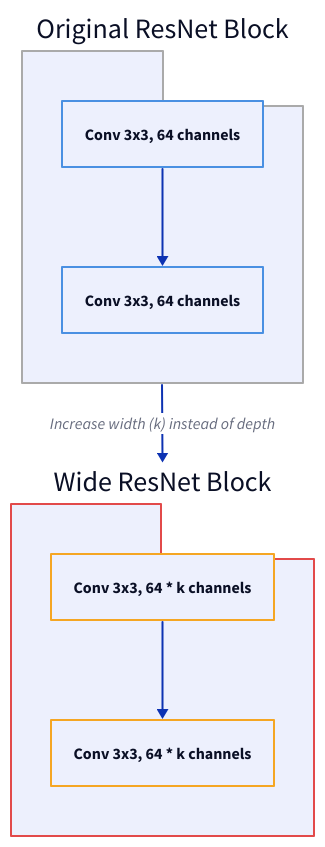
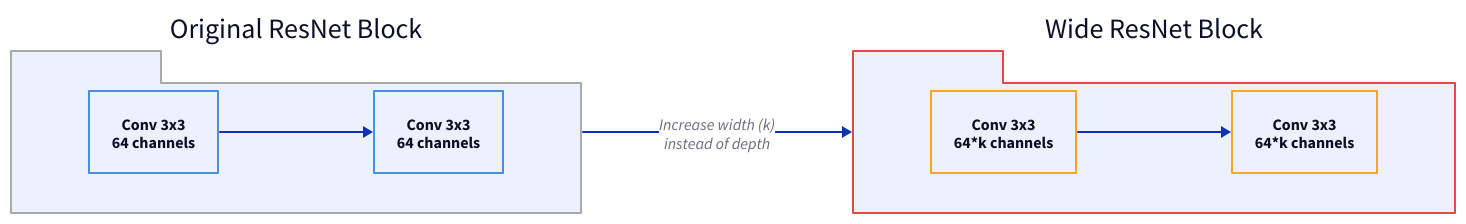
Before and after one commit to 111qqz/111qqz.github.io: the diagram in images/resnet-notes/074-wide-resnet.d2, drawn with D2. The commit also changed 4047 other files, not shown here.

First line of the commit message:
fix: 修复 D2 配图比例问题——放宽 CSS max-height 并重排 24 个极端纵横比图表

```diff
--- a/images/resnet-notes/074-wide-resnet.d2
+++ b/images/resnet-notes/074-wide-resnet.d2
@@ -1,19 +1,19 @@
-direction: down
+direction: right
 
-Original ResNet Block: {
+orig: "Original ResNet Block" {
   shape: package
-  style: { stroke: "#aaaaaa" }
-  Conv1: { shape: rectangle; label: "Conv 3x3, 64 channels"; style: { stroke: "#4a90e2" } }
-  Conv2: { shape: rectangle; label: "Conv 3x3, 64 channels"; style: { stroke: "#4a90e2" } }
+  style.stroke: "#aaaaaa"
+  Conv1: "Conv 3x3\n64 channels" { style.stroke: "#4a90e2" }
+  Conv2: "Conv 3x3\n64 channels" { style.stroke: "#4a90e2" }
   Conv1 -> Conv2
 }
 
-Wide ResNet Block: {
+wide: "Wide ResNet Block" {
   shape: package
-  style: { stroke: "#e24a4a" }
-  Conv1: { shape: rectangle; label: "Conv 3x3, 64 * k channels"; style: { stroke: "#f5a623" } }
-  Conv2: { shape: rectangle; label: "Conv 3x3, 64 * k channels"; style: { stroke: "#f5a623" } }
+  style.stroke: "#e24a4a"
+  Conv1: "Conv 3x3\n64*k channels" { style.stroke: "#f5a623" }
+  Conv2: "Conv 3x3\n64*k channels" { style.stroke: "#f5a623" }
   Conv1 -> Conv2
 }
 
-Original ResNet Block -> Wide ResNet Block: "Increase width (k) instead of depth"
+orig -> wide: "Increase width (k)\ninstead of depth"
```
